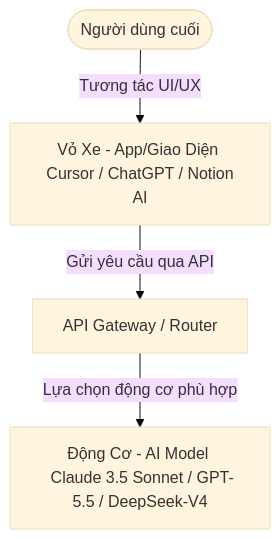
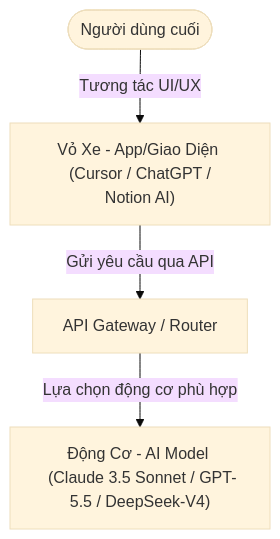
The first of 3 diagrams in README.md (jackvi810/ai-models), drawn with Mermaid (base theme) before and after one commit. The commit also changed other lines of this file, not shown here.

Commit message:
docs: write comprehensive playbook with detailed prompts, replacement tables, and corrected diagrams

````diff
--- a/README.md
+++ b/README.md
@@ -23,6 +40,6 @@
 ```mermaid
 graph TD
-    User([Người dùng cuối]) -->|Tương tác UI/UX| App[Vỏ Xe - App/Giao Diện <br> Cursor / ChatGPT / Notion AI]
-    App -->|Gửi yêu cầu qua API| Gateway[API Gateway / Router]
-    Gateway -->|Lựa chọn động cơ phù hợp| Model[Động Cơ - AI Model <br> Claude 3.5 Sonnet / GPT-5.5 / DeepSeek-V4]
+    User(["Người dùng cuối"]) -->|Tương tác UI/UX| App["Vỏ Xe - App/Giao Diện <br> (Cursor / ChatGPT / Notion AI)"]
+    App -->|Gửi yêu cầu qua API| Gateway["API Gateway / Router"]
+    Gateway -->|Lựa chọn động cơ phù hợp| Model["Động Cơ - AI Model <br> (Claude 3.5 Sonnet / GPT-5.5 / DeepSeek-V4)"]
 ```
````
